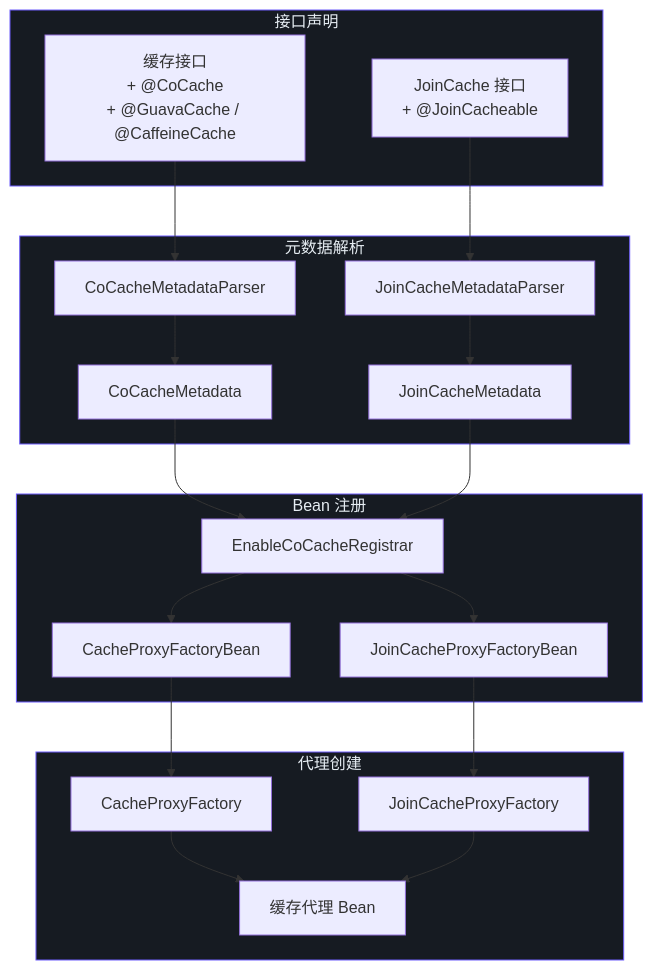
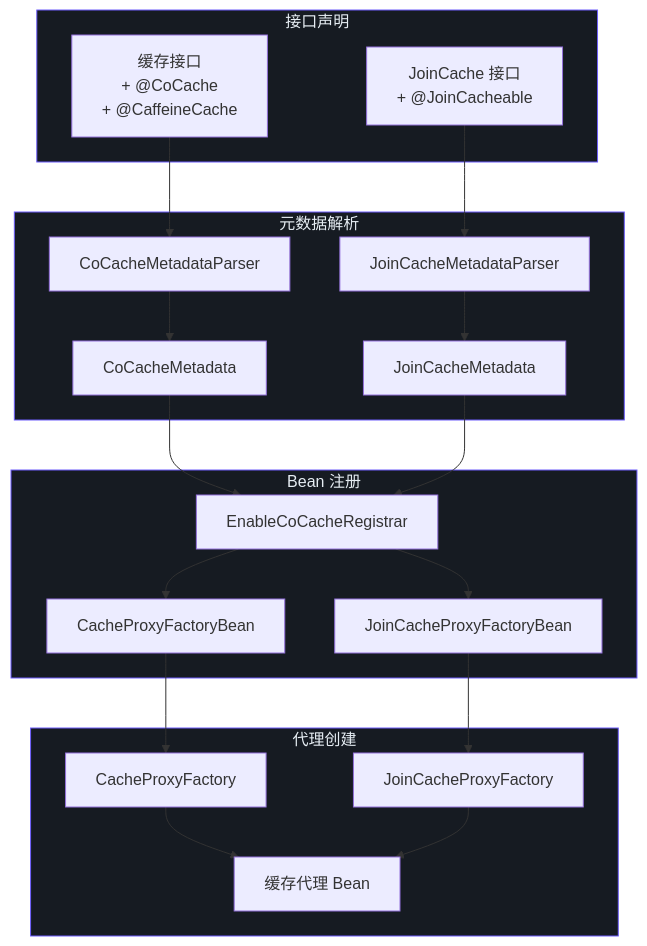
The third of 3 diagrams in wiki/zh/api/annotations.md (Ahoo-Wang/CoCache), drawn with Mermaid before and after one commit. The commit also changed other lines of this file and 256 other files, not shown here.

````diff
--- a/wiki/zh/api/annotations.md
+++ b/wiki/zh/api/annotations.md
@@ -276,44 +226,44 @@
 ```mermaid
 graph TB
     subgraph Declaration["接口声明"]
         style Declaration fill:#161b22,stroke:#6d5dfc,color:#e6edf3
-        CI["缓存接口<br>+ @CoCache<br>+ @GuavaCache / @CaffeineCache"]
+        CI["缓存接口<br>+ @CoCache<br>+ @CaffeineCache"]
         JCI["JoinCache 接口<br>+ @JoinCacheable"]
     end
 
     subgraph Parsing["元数据解析"]
         style Parsing fill:#161b22,stroke:#6d5dfc,color:#e6edf3
         CMP["CoCacheMetadataParser"]
         JCMP["JoinCacheMetadataParser"]
         CMD["CoCacheMetadata"]
         JCMD["JoinCacheMetadata"]
     end
 
     subgraph Registration["Bean 注册"]
         style Registration fill:#161b22,stroke:#6d5dfc,color:#e6edf3
         REG["EnableCoCacheRegistrar"]
         CPFB["CacheProxyFactoryBean"]
         JCPFB["JoinCacheProxyFactoryBean"]
     end
 
     subgraph Factory["代理创建"]
         style Factory fill:#161b22,stroke:#6d5dfc,color:#e6edf3
         CPF["CacheProxyFactory"]
         JCPF["JoinCacheProxyFactory"]
         PROXY["缓存代理 Bean"]
     end
 
     CI --> CMP
     JCI --> JCMP
     CMP --> CMD
     JCMP --> JCMD
     CMD --> REG
     JCMD --> REG
     REG --> CPFB
     REG --> JCPFB
     CPFB --> CPF
     JCPFB --> JCPF
     CPF --> PROXY
     JCPF --> PROXY
 
 ```
````
